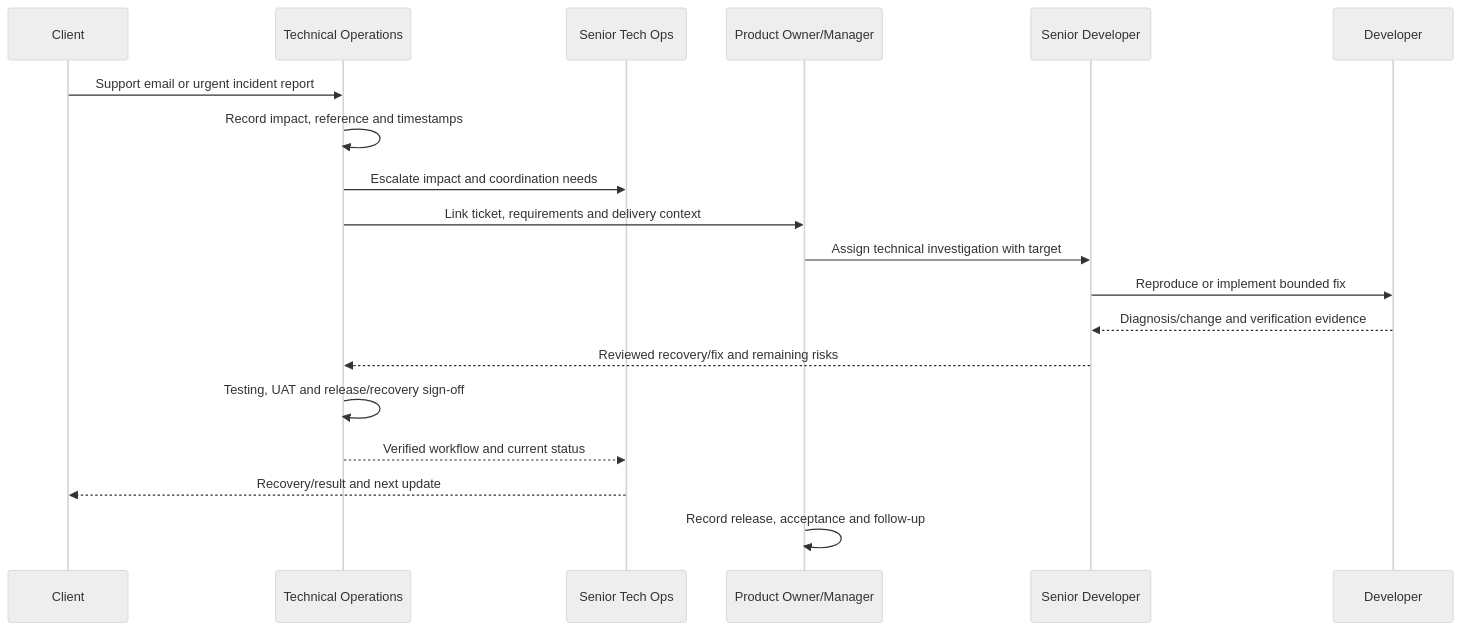
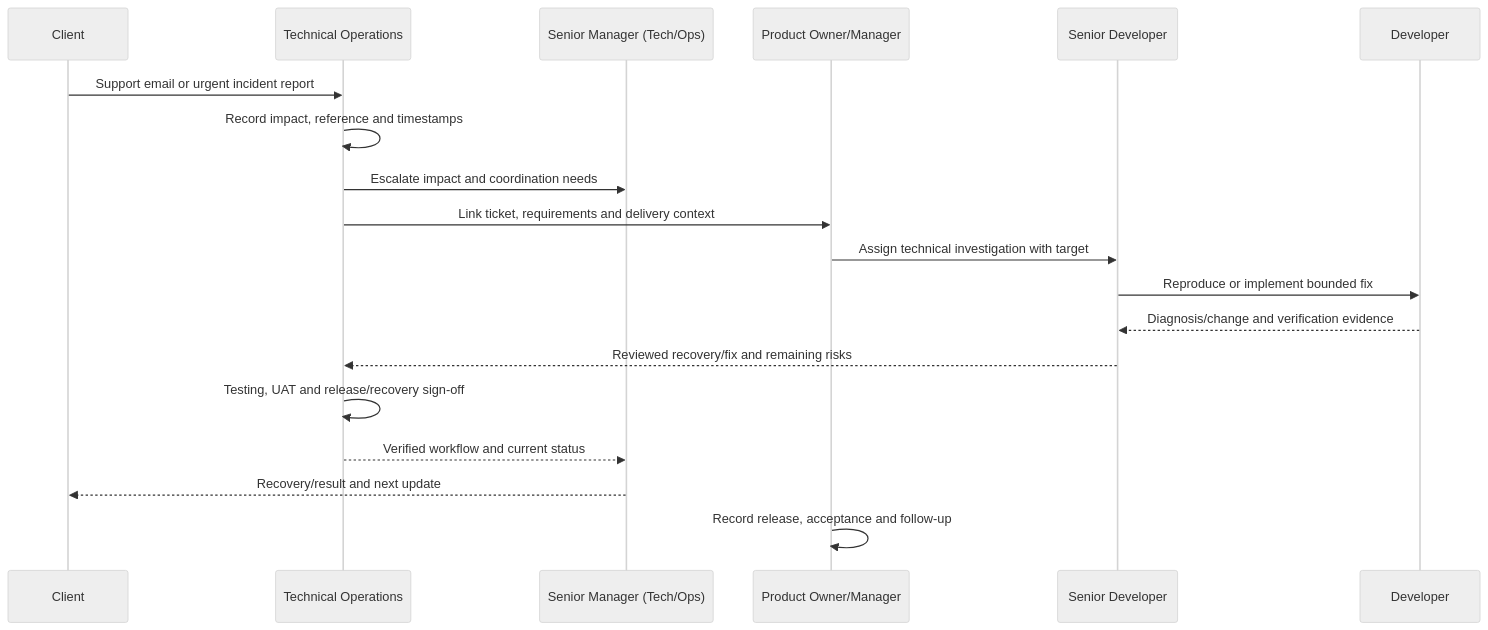
One commit to NextEdgelabs/nextedge-docs changed the third of 3 diagrams in delivery/requirements-and-handoffs.mdx. Above: the diagram before and after it, drawn with Mermaid (neutral theme). The commit also changed other lines of this file and 14 other files, not shown here.

````diff
--- a/delivery/requirements-and-handoffs.mdx
+++ b/delivery/requirements-and-handoffs.mdx
@@ -89,21 +89,21 @@
 ```mermaid
 sequenceDiagram
   participant C as Client
   participant T as Technical Operations
-  participant S as Senior Tech Ops
+  participant S as Senior Manager (Tech/Ops)
   participant P as Product Owner/Manager
   participant R as Senior Developer
   participant D as Developer
   C->>T: Support email or urgent incident report
   T->>T: Record impact, reference and timestamps
   T->>S: Escalate impact and coordination needs
   T->>P: Link ticket, requirements and delivery context
   P->>R: Assign technical investigation with target
   R->>D: Reproduce or implement bounded fix
   D-->>R: Diagnosis/change and verification evidence
   R-->>T: Reviewed recovery/fix and remaining risks
   T->>T: Testing, UAT and release/recovery sign-off
   T-->>S: Verified workflow and current status
   S-->>C: Recovery/result and next update
   P->>P: Record release, acceptance and follow-up
 ```
````
